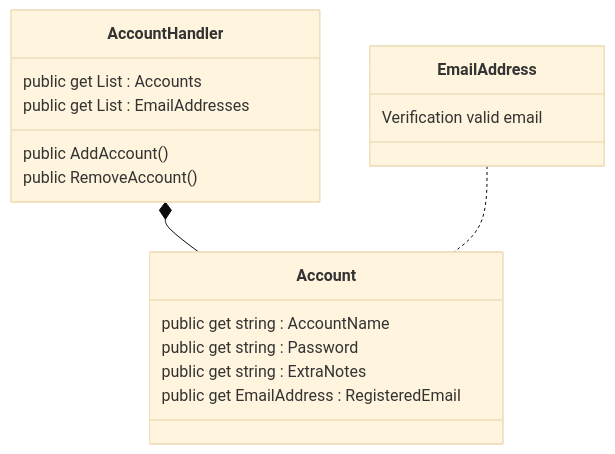
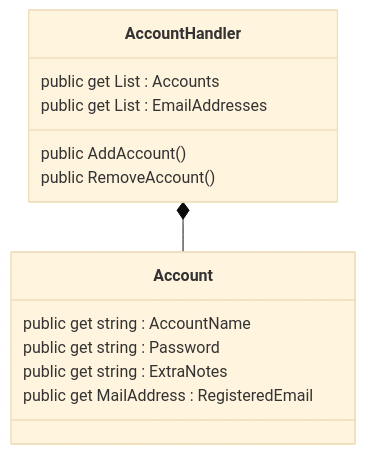
Before and after one commit to weary05/LockBoxV2: the diagram in plan.md, drawn with Mermaid (base theme).

````diff
--- a/plan.md
+++ b/plan.md
@@ -1,21 +1,17 @@
 ```mermaid
 classDiagram
     class Account{
         public get string : AccountName
         public get string : Password
         public get string : ExtraNotes
-        public get EmailAddress : RegisteredEmail
+        public get MailAddress : RegisteredEmail
     }
     class AccountHandler{
         public get List : Accounts
         public get List : EmailAddresses
         public AddAccount()
         public RemoveAccount()
     }
-    class EmailAddress{
-            Verification valid email
-    }
 
     AccountHandler *-- Account
-    EmailAddress .. Account
 ```
````
